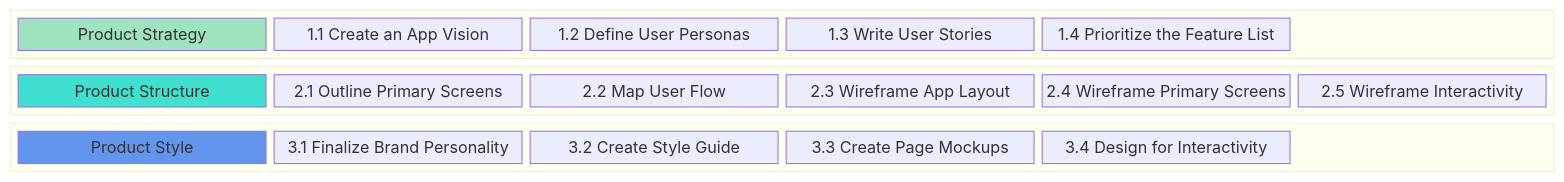
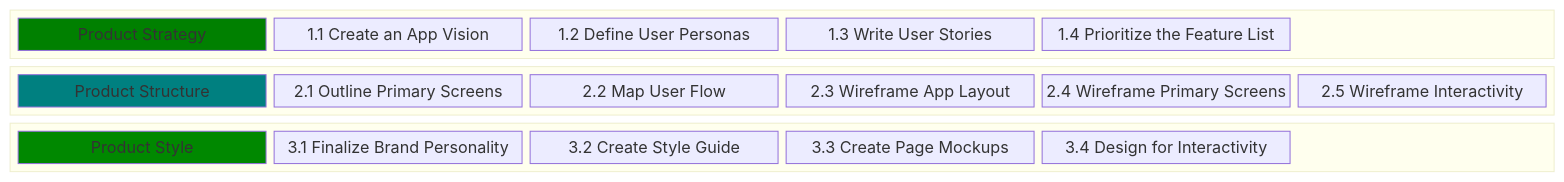
One commit to chingu-voyages/Handbook changed the diagram in docs/resources/techresources/uiux.md. Above: the diagram before and after it, drawn with Mermaid.

Commit message:
Feature: Add UI/UX Workflow diagram

````diff
--- a/docs/resources/techresources/uiux.md
+++ b/docs/resources/techresources/uiux.md
@@ -15,34 +15,34 @@
 ```mermaid
 block-beta
 columns 1
   block:STRATEGY
     columns 6
     A["Product Strategy"]
     B["1.1 Create an App Vision"]
     C["1.2 Define User Personas"]
     D["1.3 Write User Stories"]
     E["1.4 Prioritize the Feature List"]
     space
   end
   block:STRUCTURE
     columns 6
     G["Product Structure"]
     H["2.1 Outline Primary Screens"]
     I["2.2 Map User Flow"]
     J["2.3 Wireframe App Layout"]
     K["2.4 Wireframe Primary Screens"]
     L["2.5 Wireframe Interactivity"]
   end
   block:STYLE
     columns 6
     M["Product Style"]
     N["3.1 Finalize Brand Personality"]
     O["3.2 Create Style Guide"]
     P["3.3 Create Page Mockups"]
     Q["3.4 Design for Interactivity"]
     space
   end
-  style A fill:#9FE2BF
-  style G fill:#40E0D0
-  style M fill:#6495ED
+  style A fill:#008000
+  style G fill:#008080
+  style M fill:#008800
 ```
````
